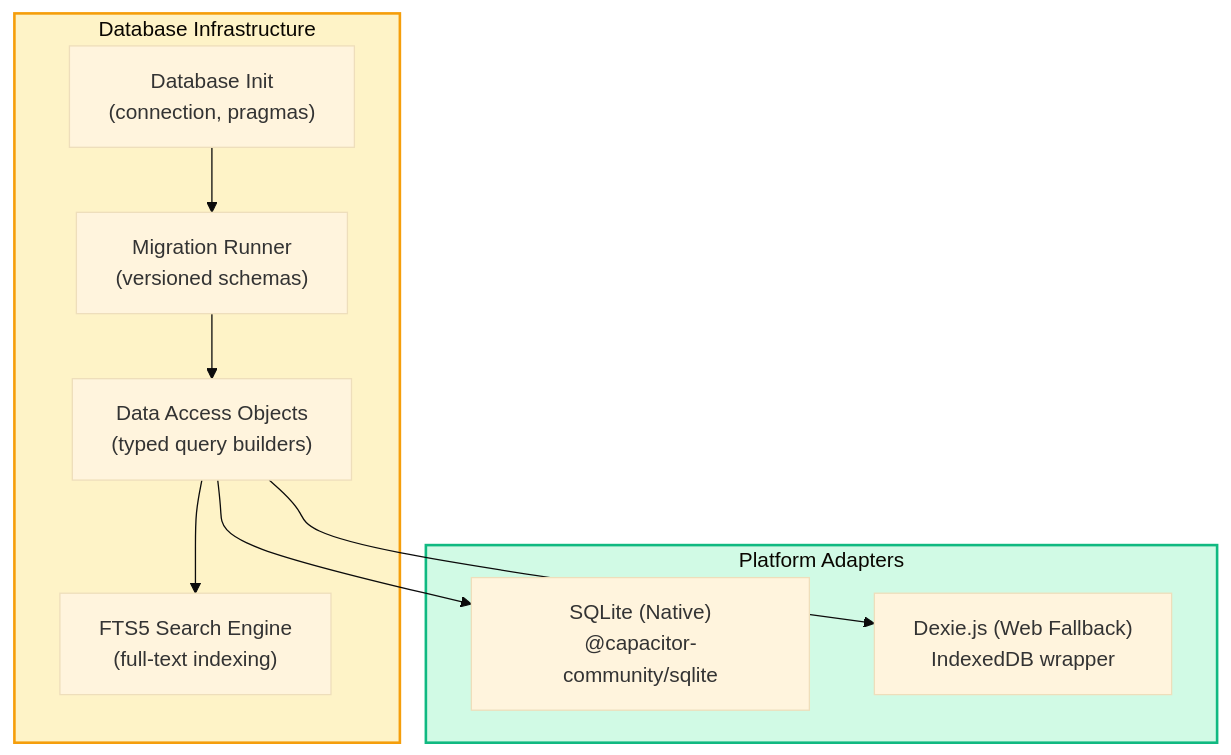
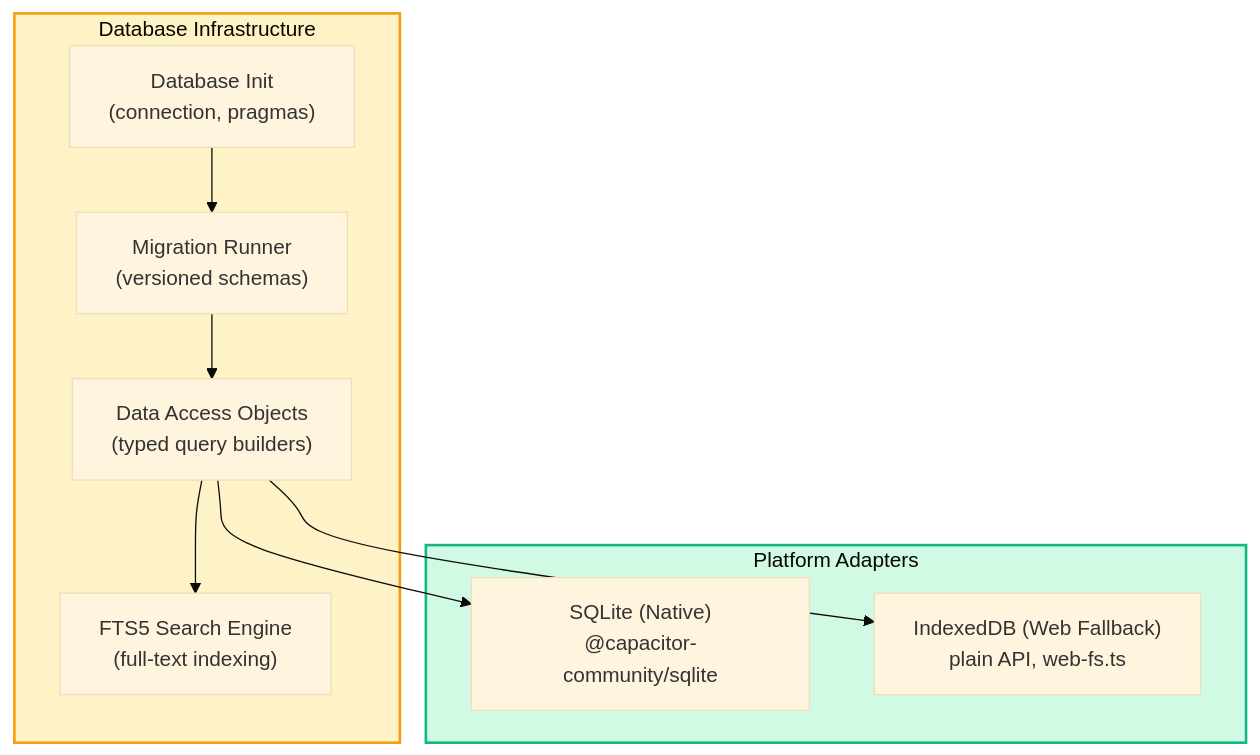
Before and after one commit to omanandswami2005/project-kagazzz: the seventh of 8 diagrams in docs/architecture/01-system-architecture.md, drawn with Mermaid (base theme). The commit also changed 8 other files, not shown here.

````diff
--- a/docs/architecture/01-system-architecture.md
+++ b/docs/architecture/01-system-architecture.md
@@ -893,24 +893,24 @@
 ```mermaid
 graph TB
     subgraph DatabaseService["Database Infrastructure"]
         Init["Database Init<br/>(connection, pragmas)"]
         Migrate["Migration Runner<br/>(versioned schemas)"]
         DAOs["Data Access Objects<br/>(typed query builders)"]
         FTS["FTS5 Search Engine<br/>(full-text indexing)"]
     end
 
     Init --> Migrate
     Migrate --> DAOs
     DAOs --> FTS
 
     subgraph Platforms["Platform Adapters"]
         Native["SQLite (Native)<br/>@capacitor-community/sqlite"]
-        Web["Dexie.js (Web Fallback)<br/>IndexedDB wrapper"]
+        Web["IndexedDB (Web Fallback)<br/>plain API, web-fs.ts"]
     end
 
     DAOs --> Native
     DAOs --> Web
 
     style DatabaseService fill:#fef3c7,stroke:#f59e0b,stroke-width:2px
     style Platforms fill:#d1fae5,stroke:#10b981,stroke-width:2px
 ```
````
